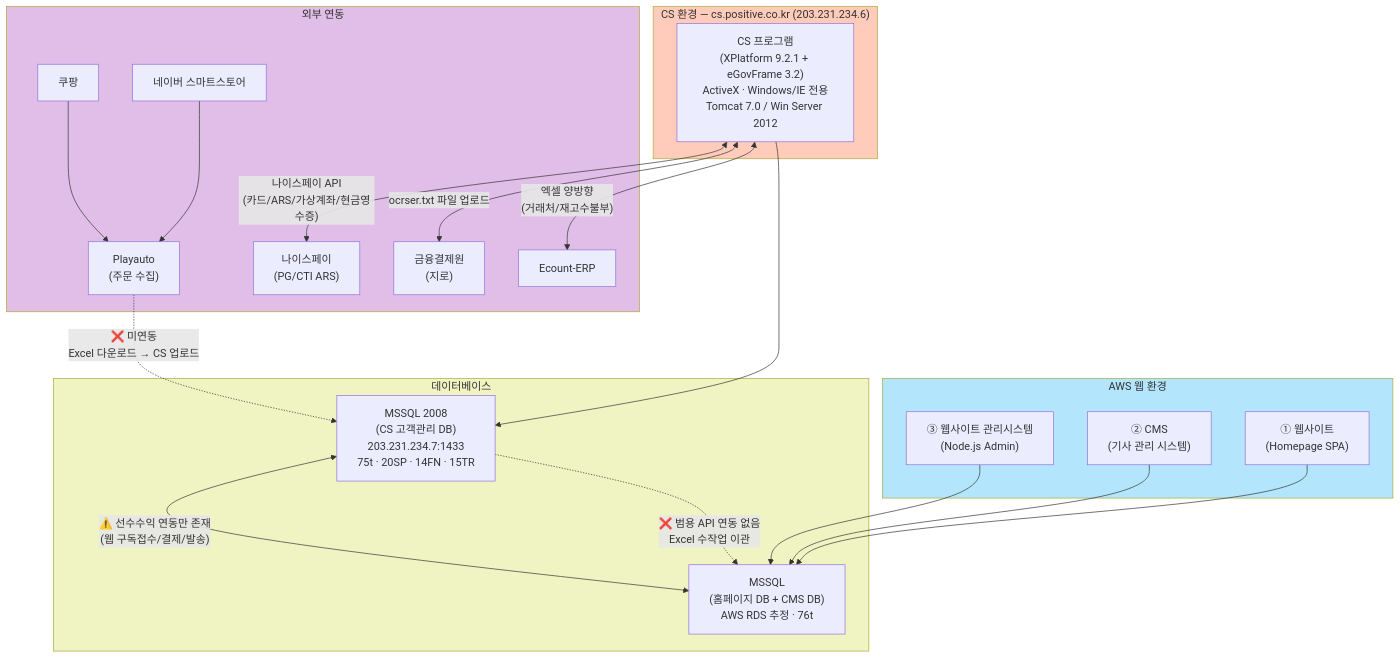
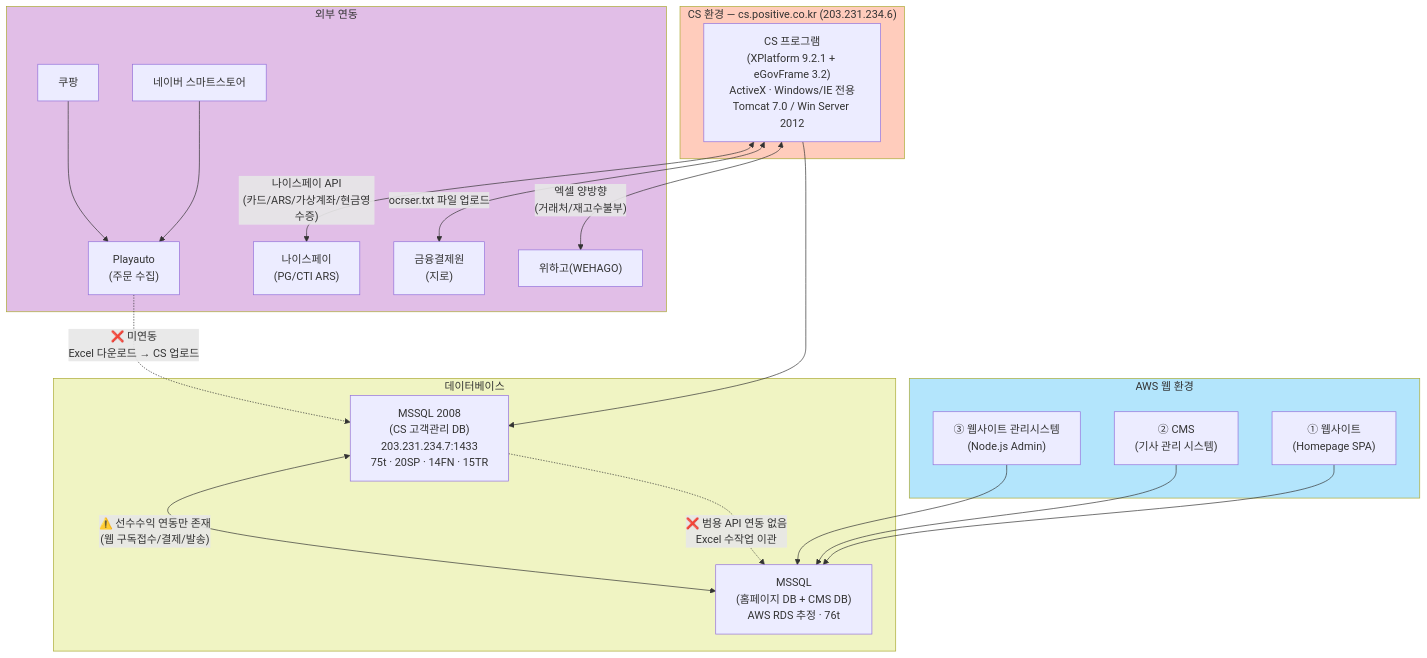
Before and after one commit to sknkwoxs/manual-book: the first of 4 diagrams in src/content/docs/goodthinking-isp/01-project-overview/as-is-to-be.md, drawn with Mermaid. The commit also changed other lines of this file and 16 other files, not shown here.

````diff
--- a/src/content/docs/goodthinking-isp/01-project-overview/as-is-to-be.md
+++ b/src/content/docs/goodthinking-isp/01-project-overview/as-is-to-be.md
@@ -57,46 +57,46 @@
 ```mermaid
 graph TD
     subgraph CS["CS 환경 — cs.positive.co.kr (203.231.234.6)"]
         A["CS 프로그램<br/>(XPlatform 9.2.1 + eGovFrame 3.2)<br/>ActiveX · Windows/IE 전용<br/>Tomcat 7.0 / Win Server 2012"]
     end
 
     subgraph AWS["AWS 웹 환경"]
         B1["① 웹사이트<br/>(Homepage SPA)"]
         B2["② CMS<br/>(기사 관리 시스템)"]
         B3["③ 웹사이트 관리시스템<br/>(Node.js Admin)"]
     end
 
     subgraph EXT["외부 연동"]
         E1["네이버 스마트스토어"]
         E2["쿠팡"]
         E3["Playauto<br/>(주문 수집)"]
         E4["나이스페이<br/>(PG/CTI ARS)"]
         E5["금융결제원<br/>(지로)"]
-        E6["Ecount-ERP"]
+        E6["위하고(WEHAGO)"]
     end
 
     subgraph DB["데이터베이스"]
         C["MSSQL 2008<br/>(CS 고객관리 DB)<br/>203.231.234.7:1433<br/>75t · 20SP · 14FN · 15TR"]
         D["MSSQL<br/>(홈페이지 DB + CMS DB)<br/>AWS RDS 추정 · 76t"]
     end
 
     A --> C
     B1 --> D
     B2 --> D
     B3 --> D
 
     A <-->|"나이스페이 API<br/>(카드/ARS/가상계좌/현금영수증)"| E4
     A <-->|"ocrser.txt 파일 업로드"| E5
     A <-->|"엑셀 양방향<br/>(거래처/재고수불부)"| E6
     E1 --> E3
     E2 --> E3
 
     C -.->|"❌ 범용 API 연동 없음<br/>Excel 수작업 이관"| D
     C <-->|"⚠️ 선수수익 연동만 존재<br/>(웹 구독접수/결제/발송)"| D
     E3 -.->|"❌ 미연동<br/>Excel 다운로드 → CS 업로드"| C
 
     style CS fill:#ffccbc
     style AWS fill:#b3e5fc
     style EXT fill:#e1bee7
     style DB fill:#f0f4c3
 ```
````
